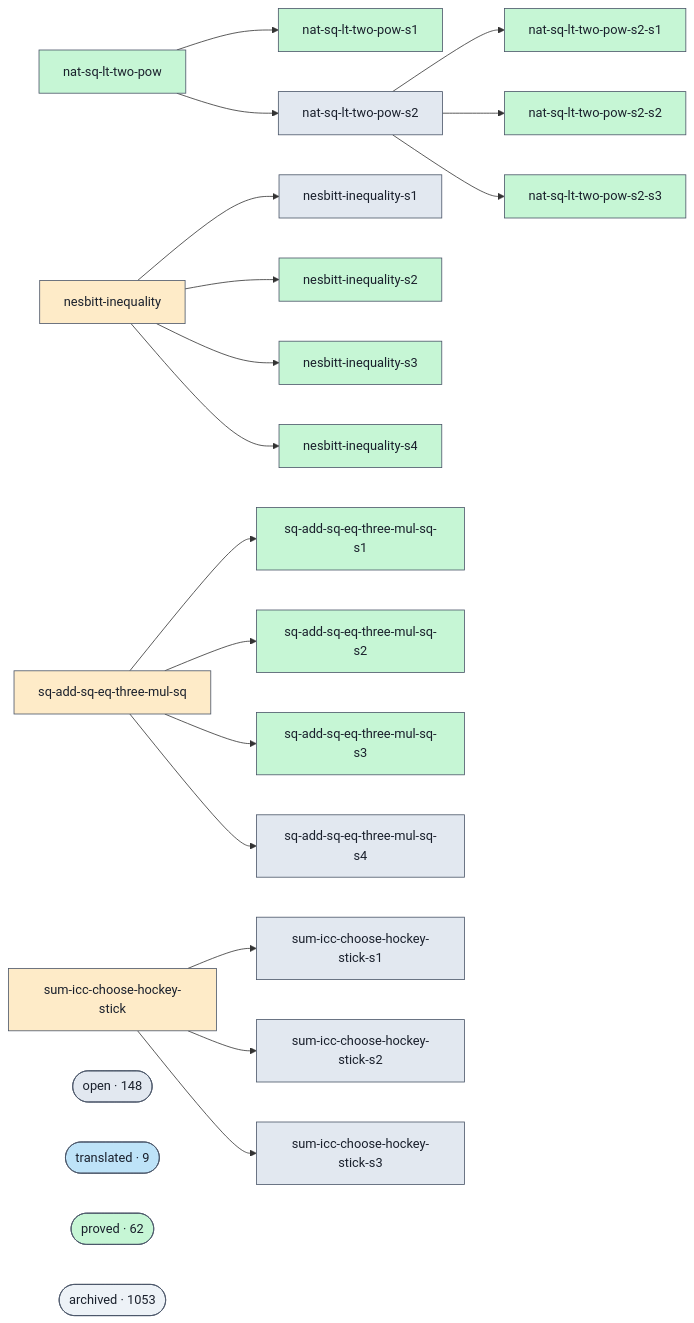
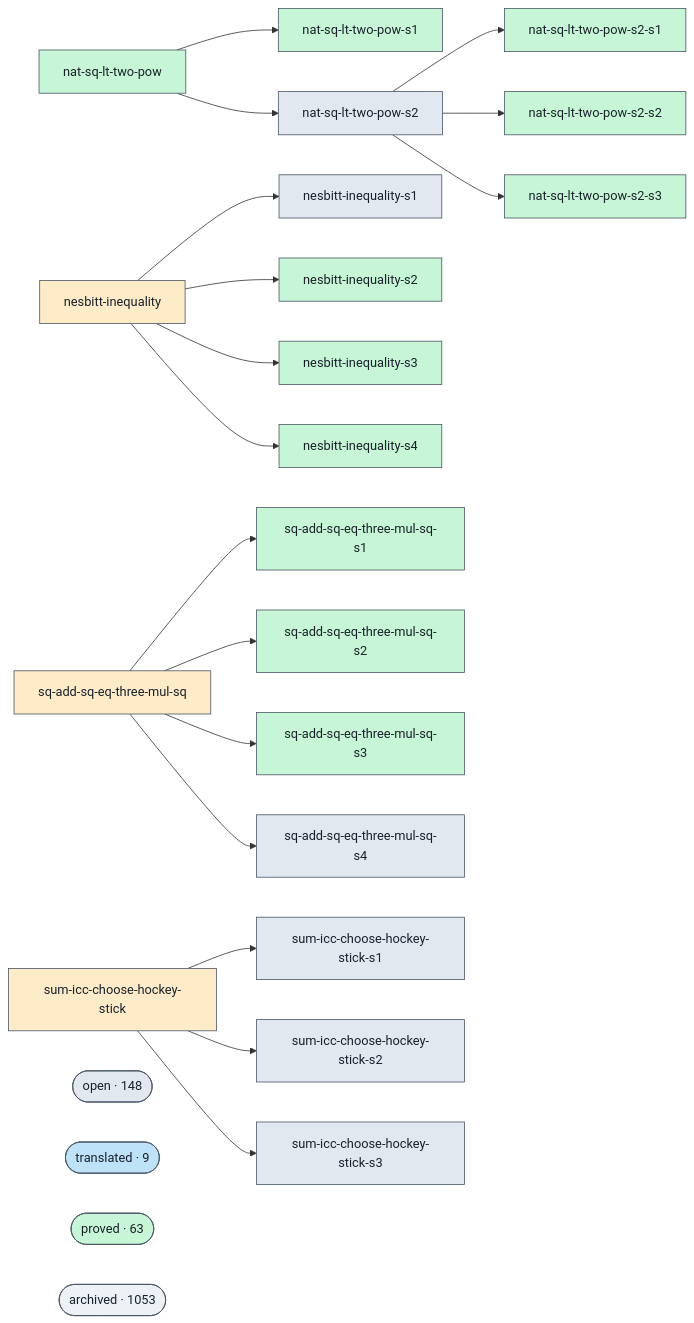
One commit to Rauxon/unsorry changed the diagram in docs/proofs-contributors-visualisation.md. Above: the diagram before and after it, drawn with Mermaid. The commit also changed other lines of this file and 2 other files, not shown here.

```diff
--- a/docs/proofs-contributors-visualisation.md
+++ b/docs/proofs-contributors-visualisation.md
@@ -102,7 +102,7 @@
   class cluster_open open;
   cluster_translated(["translated · 9"])
   class cluster_translated translated;
-  cluster_proved(["proved · 62"])
+  cluster_proved(["proved · 63"])
   class cluster_proved proved;
   cluster_archived(["archived · 1053"])
   class cluster_archived unknown;
```
